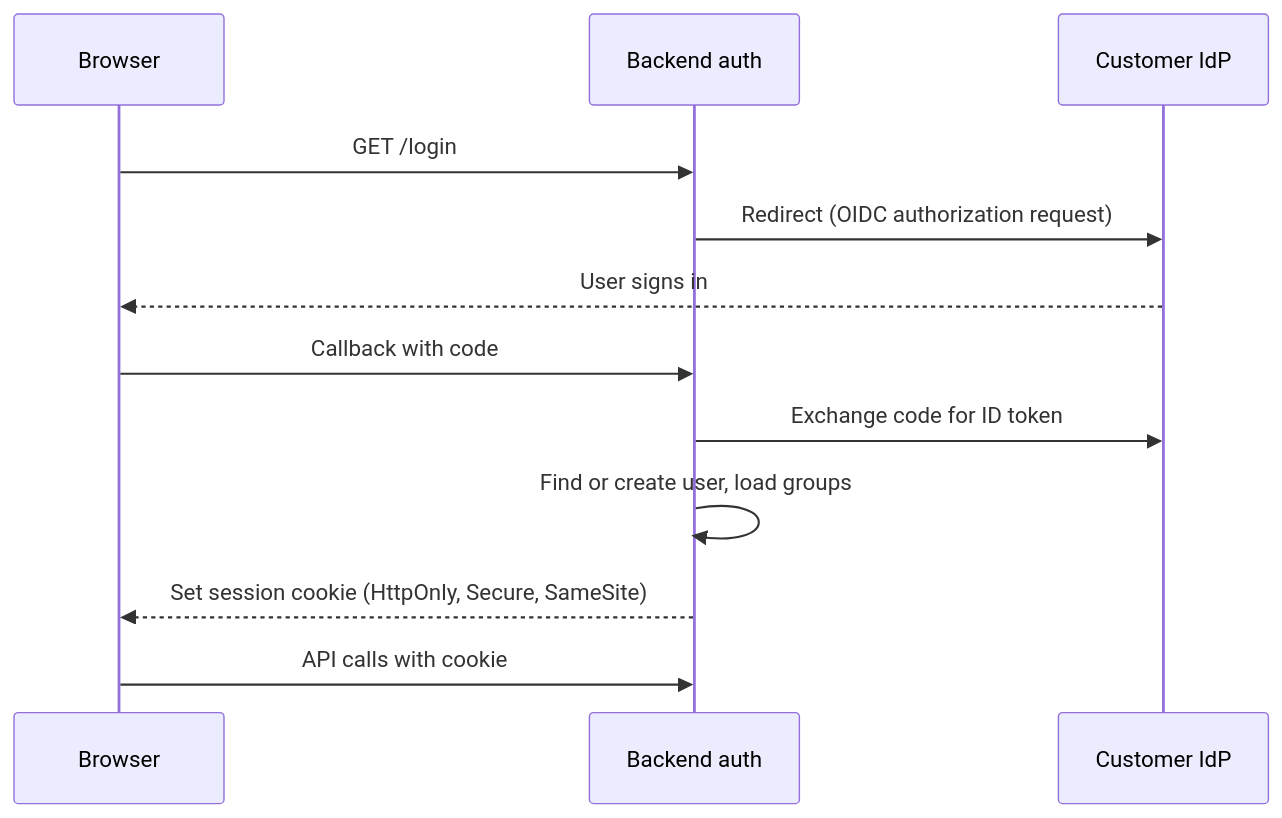
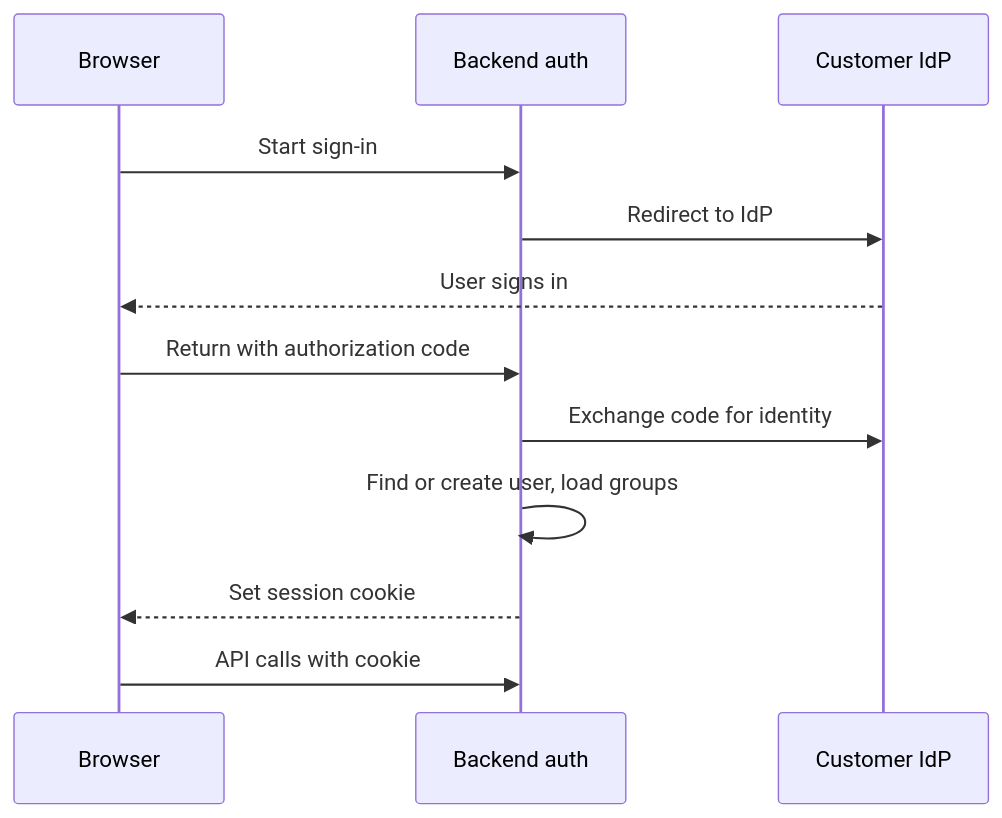
Before and after one commit to jsonggan/getgapless-docs: the diagram in content/docs/backend/auth.mdx, drawn with Mermaid. The commit also changed other lines of this file and 9 other files, not shown here.

````diff
--- a/content/docs/backend/auth.mdx
+++ b/content/docs/backend/auth.mdx
@@ -24,14 +32,14 @@
 ```mermaid
 sequenceDiagram
   participant B as Browser
   participant A as Backend auth
   participant I as Customer IdP
-  B->>A: GET /login
-  A->>I: Redirect (OIDC authorization request)
+  B->>A: Start sign-in
+  A->>I: Redirect to IdP
   I-->>B: User signs in
-  B->>A: Callback with code
-  A->>I: Exchange code for ID token
+  B->>A: Return with authorization code
+  A->>I: Exchange code for identity
   A->>A: Find or create user, load groups
-  A-->>B: Set session cookie (HttpOnly, Secure, SameSite)
+  A-->>B: Set session cookie
   B->>A: API calls with cookie
 ```
````
